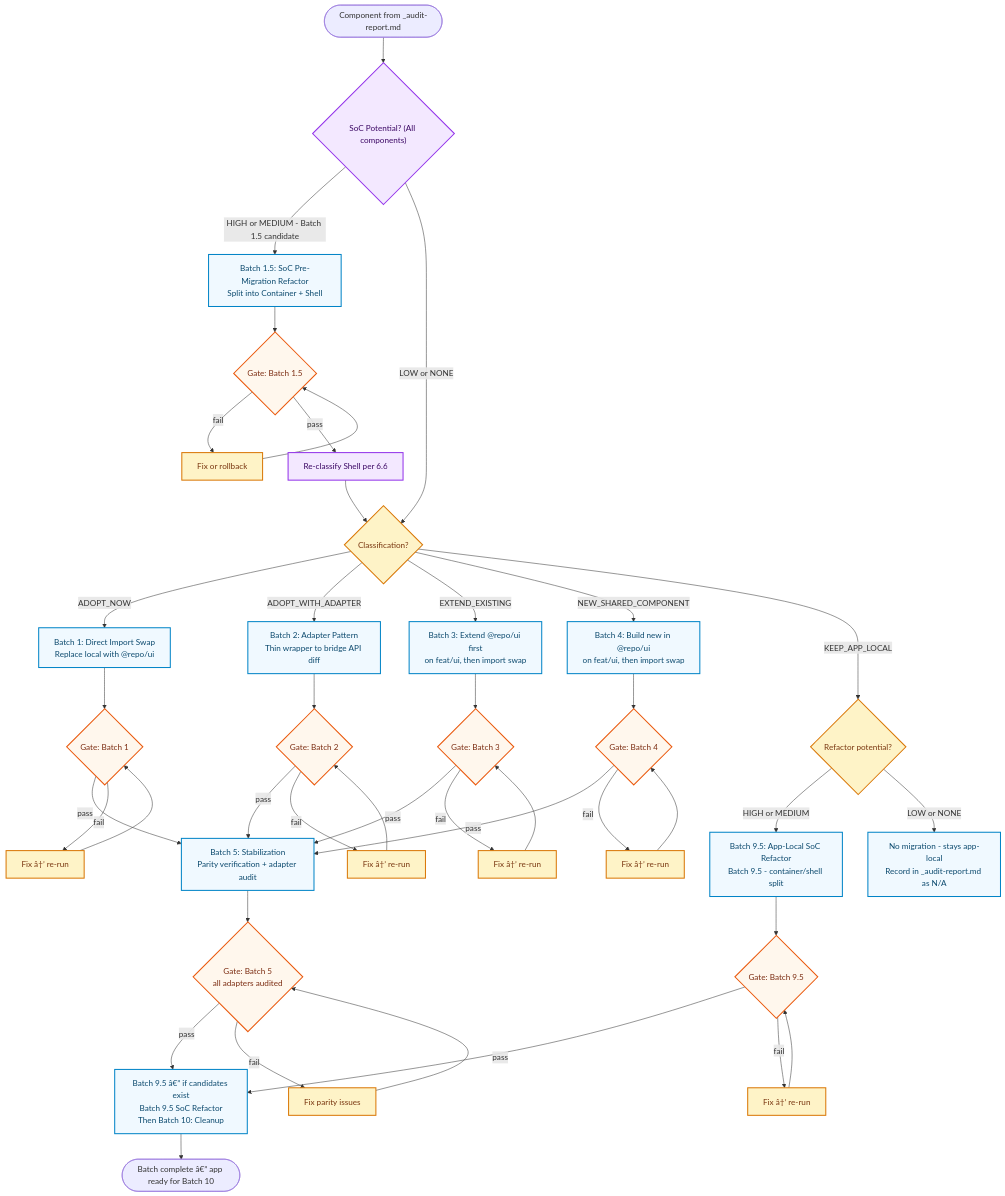
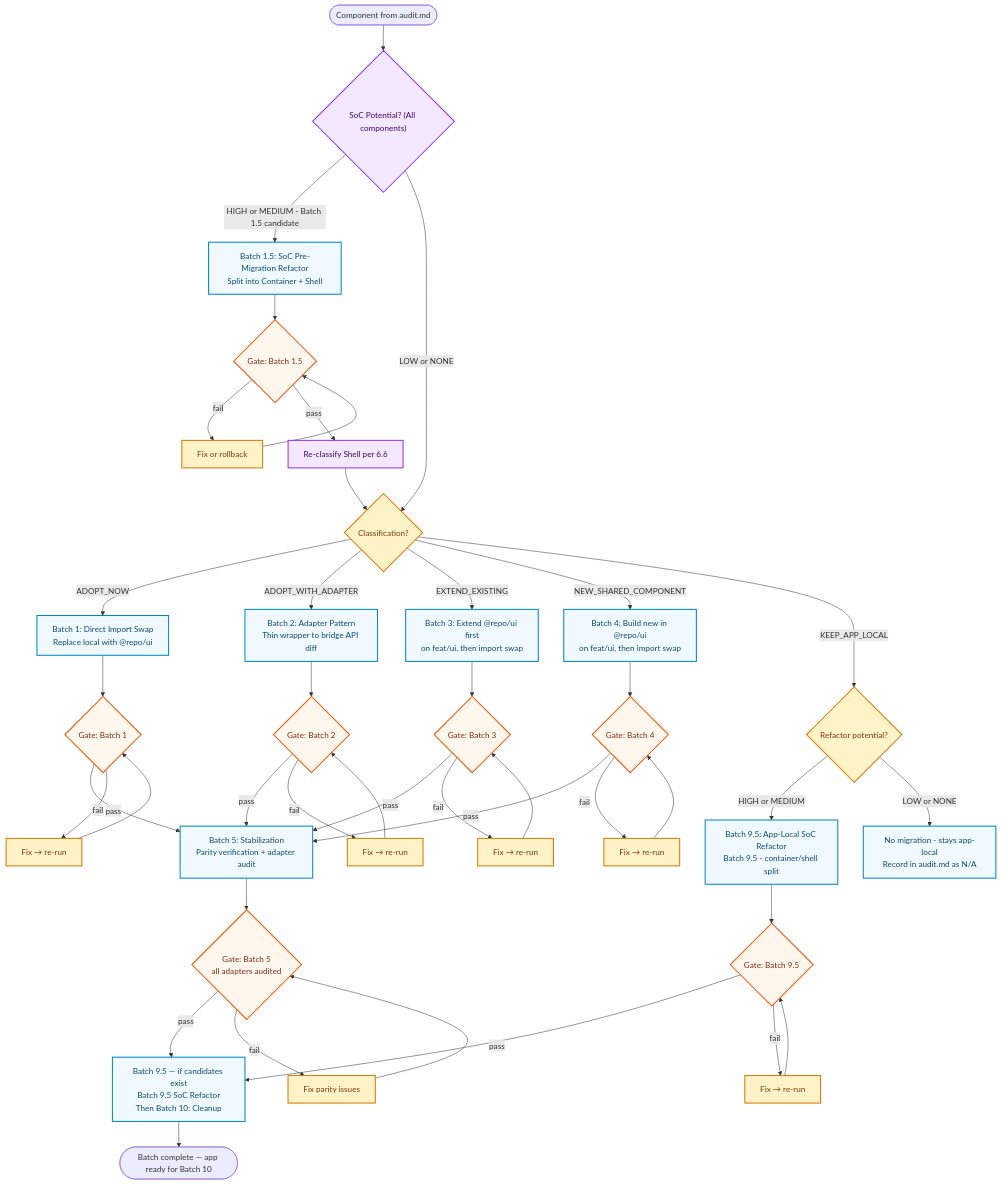
The second of 3 diagrams in apps/admin-portal/docs/migration/component/00-overview.md (mahardikakdenie/.agent-skills), drawn with Mermaid before and after one commit. The commit also changed other lines of this file and 14 other files, not shown here.

Commit message:
docs(admin-portal): normalize component migration docs encoding

````diff
--- a/apps/admin-portal/docs/migration/component/00-overview.md
+++ b/apps/admin-portal/docs/migration/component/00-overview.md
@@ -270,50 +269,50 @@
 ```mermaid
 flowchart TD
   classDef batch fill:#f0f9ff,stroke:#0284c7,color:#0c4a6e,stroke-width:2px;
   classDef decision fill:#fef3c7,stroke:#d97706,color:#78350f,stroke-width:2px;
   classDef gate fill:#fff7ed,stroke:#ea580c,color:#7c2d12,stroke-width:2px;
 
   classDef soc fill:#f3e8ff,stroke:#9333ea,color:#3b0764,stroke-width:2px;
 
-  START([Component from _audit-report.md]) --> Q1S{"SoC Potential? (All components)"}:::soc
+  START([Component from audit.md]) --> Q1S{"SoC Potential? (All components)"}:::soc
 
   Q1S --> |"HIGH or MEDIUM - Batch 1.5 candidate"| W15["Batch 1.5: SoC Pre-Migration Refactor<br/>Split into Container + Shell"]:::batch
   W15 --> G15{Gate: Batch 1.5}:::gate
   G15 -- fail --> F15["Fix or rollback"]:::decision --> G15
   G15 -- pass --> W15B["Re-classify Shell per 6.6"]:::soc
   W15B --> Q1
 
   Q1S --> |"LOW or NONE"| Q1{Classification?}:::decision
 
   Q1 --> |ADOPT_NOW| WA[Batch 1: Direct Import Swap<br/>Replace local with @repo/ui]:::batch
   Q1 --> |ADOPT_WITH_ADAPTER| WB[Batch 2: Adapter Pattern<br/>Thin wrapper to bridge API diff]:::batch
   Q1 --> |EXTEND_EXISTING| WC[Batch 3: Extend @repo/ui first<br/>on feat/ui, then import swap]:::batch
   Q1 --> |NEW_SHARED_COMPONENT| WD[Batch 4: Build new in @repo/ui<br/>on feat/ui, then import swap]:::batch
   Q1 --> |KEEP_APP_LOCAL| Q1K{Refactor potential?}:::decision
   Q1K --> |HIGH or MEDIUM| WK[Batch 9.5: App-Local SoC Refactor<br/>Batch 9.5 - container/shell split]:::batch
-  Q1K --> |LOW or NONE| SKIP[No migration - stays app-local<br/>Record in _audit-report.md as N/A]:::batch
+  Q1K --> |LOW or NONE| SKIP[No migration - stays app-local<br/>Record in audit.md as N/A]:::batch
 
   WA --> GA{Gate: Batch 1}:::gate
   WB --> GB{Gate: Batch 2}:::gate
   WC --> GC{Gate: Batch 3}:::gate
   WD --> GD{Gate: Batch 4}:::gate
 
   GA -- pass --> WE[Batch 5: Stabilization<br/>Parity verification + adapter audit]:::batch
   GB -- pass --> WE
   GC -- pass --> WE
   GD -- pass --> WE
 
-  GA -- fail --> FA[Fix â†’ re-run]:::decision --> GA
-  GB -- fail --> FB[Fix â†’ re-run]:::decision --> GB
-  GC -- fail --> FC[Fix â†’ re-run]:::decision --> GC
-  GD -- fail --> FD[Fix â†’ re-run]:::decision --> GD
+  GA -- fail --> FA[Fix → re-run]:::decision --> GA
+  GB -- fail --> FB[Fix → re-run]:::decision --> GB
+  GC -- fail --> FC[Fix → re-run]:::decision --> GC
+  GD -- fail --> FD[Fix → re-run]:::decision --> GD
 
   WE --> GE{Gate: Batch 5<br/>all adapters audited}:::gate
-  GE -- pass --> WF[Batch 9.5 â€” if candidates exist<br/>Batch 9.5 SoC Refactor<br/>Then Batch 10: Cleanup]:::batch
+  GE -- pass --> WF[Batch 9.5 — if candidates exist<br/>Batch 9.5 SoC Refactor<br/>Then Batch 10: Cleanup]:::batch
   WK --> GK{Gate: Batch 9.5}:::gate
   GK -- pass --> WF
-  GK -- fail --> FK[Fix â†’ re-run]:::decision --> GK
+  GK -- fail --> FK[Fix → re-run]:::decision --> GK
   GE -- fail --> FE[Fix parity issues]:::decision --> GE
 
-  WF --> BATCHDONE([Batch complete â€” app ready for Batch 10])
+  WF --> BATCHDONE([Batch complete — app ready for Batch 10])
 ```
````
